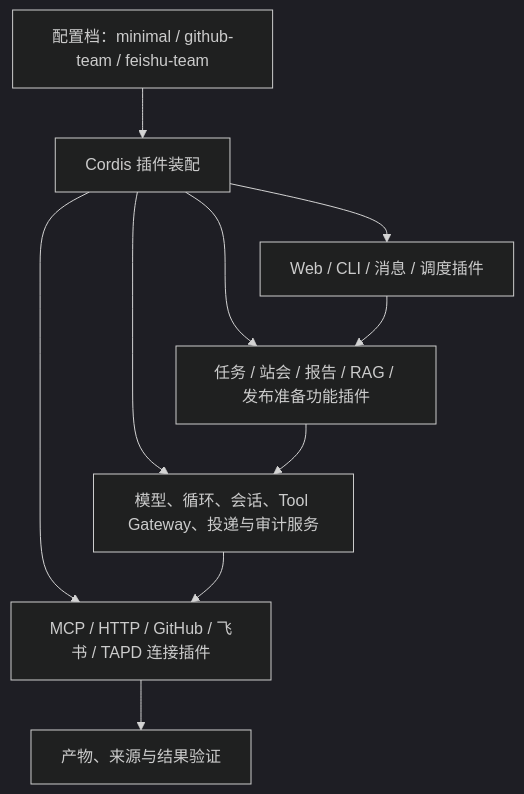
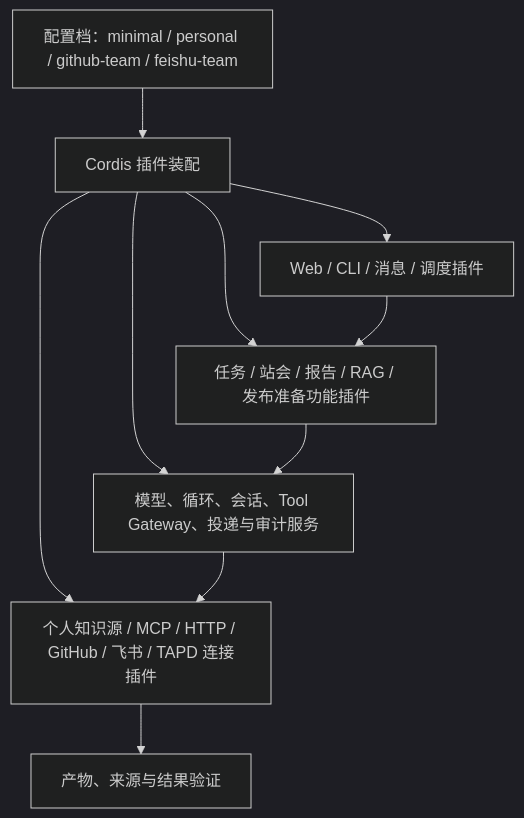
The second of 2 diagrams in docs/PROJECT_DIRECTION.md (KlayPeter/AI-Delivery-Ops-Agent), drawn with Mermaid (dark theme) before and after one commit. The commit also changed other lines of this file and 3 other files, not shown here.

````diff
--- a/docs/PROJECT_DIRECTION.md
+++ b/docs/PROJECT_DIRECTION.md
@@ -89,12 +93,12 @@
 ```mermaid
 flowchart TD
-    P[配置档：minimal / github-team / feishu-team] --> L[Cordis 插件装配]
+    P[配置档：minimal / personal / github-team / feishu-team] --> L[Cordis 插件装配]
     L --> R[模型、循环、会话、Tool Gateway、投递与审计服务]
-    L --> C[MCP / HTTP / GitHub / 飞书 / TAPD 连接插件]
+    L --> C[个人知识源 / MCP / HTTP / GitHub / 飞书 / TAPD 连接插件]
     L --> F[任务 / 站会 / 报告 / RAG / 发布准备功能插件]
     L --> U[Web / CLI / 消息 / 调度插件]
     U --> F
     F --> R
     R --> C
     C --> V[产物、来源与结果验证]
 ```
````
